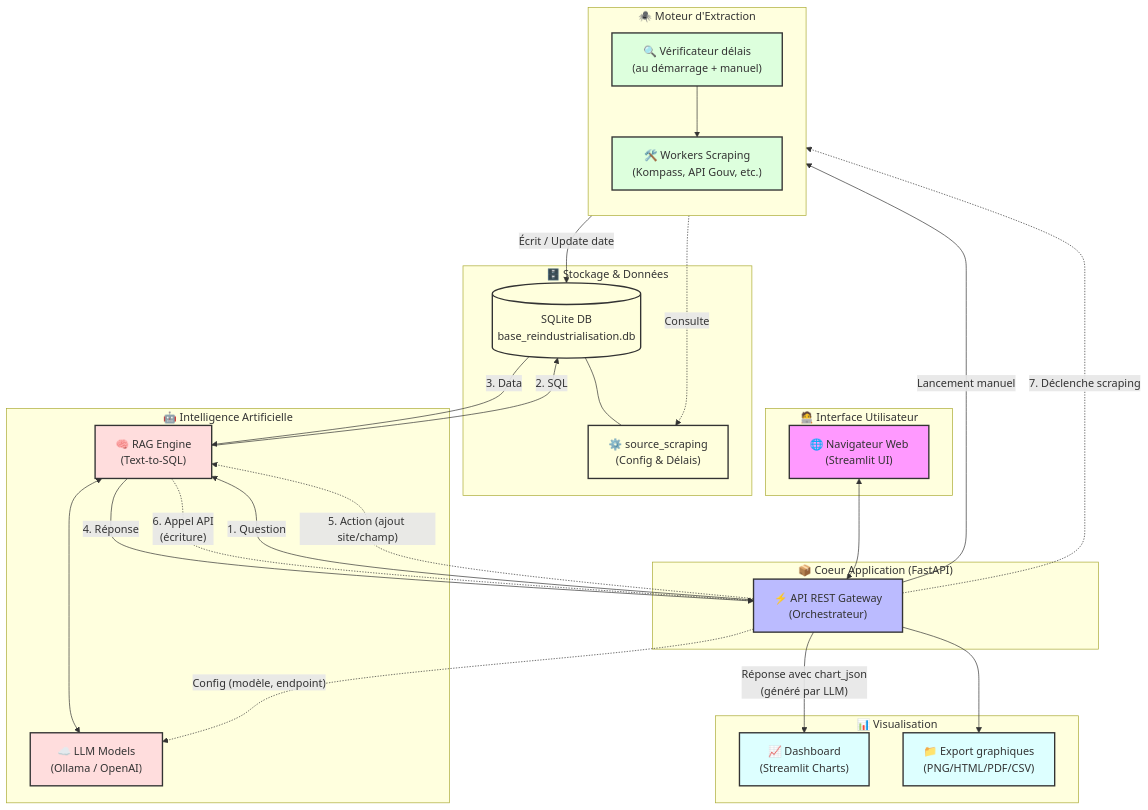
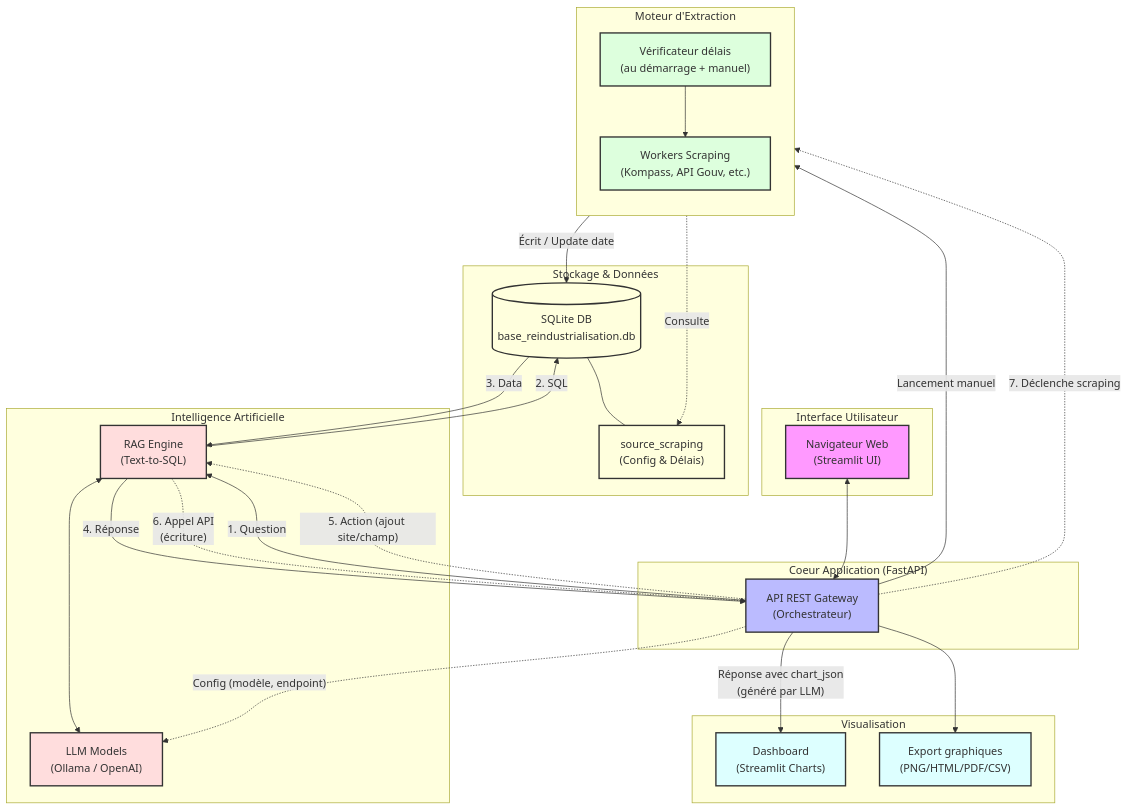
One commit to Louison-code/Projet-G1-G2 changed the first of 6 diagrams in Architecture.md. Above: the diagram before and after it, drawn with Mermaid. The commit also changed other lines of this file and 4 other files, not shown here.

````diff
--- a/Architecture.md
+++ b/Architecture.md
@@ -55,75 +55,75 @@
 ```mermaid
 graph TB
     %% Style Definitions
     classDef client fill:#f9f,stroke:#333,stroke-width:2px;
     classDef app fill:#bbf,stroke:#333,stroke-width:2px;
     classDef scraping fill:#dfd,stroke:#333,stroke-width:2px;
     classDef storage fill:#ffd,stroke:#333,stroke-width:2px;
     classDef ai fill:#fdd,stroke:#333,stroke-width:2px;
     classDef viz fill:#dff,stroke:#333,stroke-width:2px;
 
-    subgraph Client["🧑‍💻 Interface Utilisateur"]
-        Browser["🌐 Navigateur Web<br/>(Streamlit UI)"]
+    subgraph Client[" Interface Utilisateur"]
+        Browser[" Navigateur Web<br/>(Streamlit UI)"]
     end
 
-    subgraph App["📦 Coeur Application (FastAPI)"]
-        FastAPI["⚡ API REST Gateway<br/>(Orchestrateur)"]
+    subgraph App[" Coeur Application (FastAPI)"]
+        FastAPI[" API REST Gateway<br/>(Orchestrateur)"]
     end
 
-    subgraph Scraping["🕷️ Moteur d'Extraction"]
+    subgraph Scraping[" Moteur d'Extraction"]
         direction TB
-        Verif["🔍 Vérificateur délais<br/>(au démarrage + manuel)"]
-        Workers["🛠️ Workers Scraping<br/>(Kompass, API Gouv, etc.)"]
+        Verif[" Vérificateur délais<br/>(au démarrage + manuel)"]
+        Workers[" Workers Scraping<br/>(Kompass, API Gouv, etc.)"]
         Verif --> Workers
     end
 
-    subgraph Storage["🗄️ Stockage & Données"]
+    subgraph Storage[" Stockage & Données"]
         DB[(SQLite DB<br/>base_reindustrialisation.db)]
-        SitesConfig["⚙️ source_scraping<br/>(Config & Délais)"]
+        SitesConfig[" source_scraping<br/>(Config & Délais)"]
         DB --- SitesConfig
     end
 
-    subgraph LLM["🤖 Intelligence Artificielle"]
-        RAG["🧠 RAG Engine<br/>(Text-to-SQL)"]
-        Models["☁️ LLM Models<br/>(Ollama / OpenAI)"]
+    subgraph LLM[" Intelligence Artificielle"]
+        RAG[" RAG Engine<br/>(Text-to-SQL)"]
+        Models[" LLM Models<br/>(Ollama / OpenAI)"]
         RAG <--> Models
     end
 
-    subgraph Viz["📊 Visualisation"]
-        Charts["📈 Dashboard<br/>(Streamlit Charts)"]
-        Export["📁 Export graphiques<br/>(PNG/HTML/PDF/CSV)"]
+    subgraph Viz[" Visualisation"]
+        Charts[" Dashboard<br/>(Streamlit Charts)"]
+        Export[" Export graphiques<br/>(PNG/HTML/PDF/CSV)"]
     end
 
     %% Connections
     Browser <--> FastAPI
     
     %% Flux Scraping
     FastAPI -->|"Lancement manuel"| Verif
     Verif -.->|"Consulte"| SitesConfig
     Workers -->|"Écrit / Update date"| DB
     
     %% Flux RAG / Chat / Viz
     FastAPI -->|"1. Question"| RAG
     RAG -->|"2. SQL"| DB
     DB -->|"3. Data"| RAG
     RAG -->|"4. Réponse"| FastAPI
     
     %% Flux Config LLM (direct API → Models)
     FastAPI -.->|"Config (modèle, endpoint)"| Models
     
     %% Flux Action (écriture via chatbot)
     FastAPI -.->|"5. Action (ajout site/champ)"| RAG
     RAG -.->|"6. Appel API<br/>(écriture)"| FastAPI
     FastAPI -.->|"7. Déclenche scraping"| Verif
     
     FastAPI -->|"Réponse avec chart_json<br/>(généré par LLM)"| Charts
     FastAPI --> Export
 
     %% Assign Classes
     class Browser client;
     class FastAPI app;
     class Verif,Workers scraping;
     class DB,SitesConfig storage;
     class RAG,Models ai;
     class Charts,Export viz;
 ```
````
